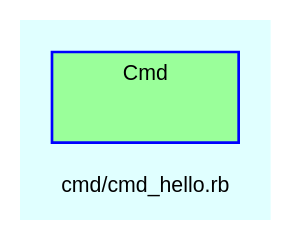
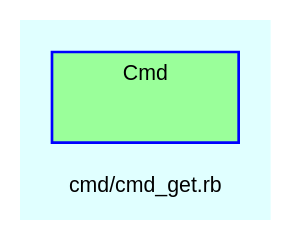
The diagram in doc/dot/f_8.dot (Tyche/teensymud), drawn with Graphviz before and after one commit. The commit also changed 92 other files, not shown here.

```diff
--- a/doc/dot/f_8.dot
+++ b/doc/dot/f_8.dot
@@ -1,29 +1,29 @@
 digraph TopLevel {
     compound = true
     bgcolor = lightcyan1
     fontname = Arial
     fontsize = 8
-    label = "cmd/cmd_hello.rb"
+    label = "cmd/cmd_get.rb"
     node [
         fontname = Arial,
         fontsize = 8,
         color = black
     ]
 
     subgraph cluster_Cmd {
         fillcolor = palegreen1
         URL = "classes/Cmd.html"
         fontname = Arial
         color = blue
         label = "Cmd"
         style = filled
         Cmd [
             shape = plaintext,
             height = 0.01,
             width = 0.75,
             label = ""
         ]
 
     }
 
 }
```
